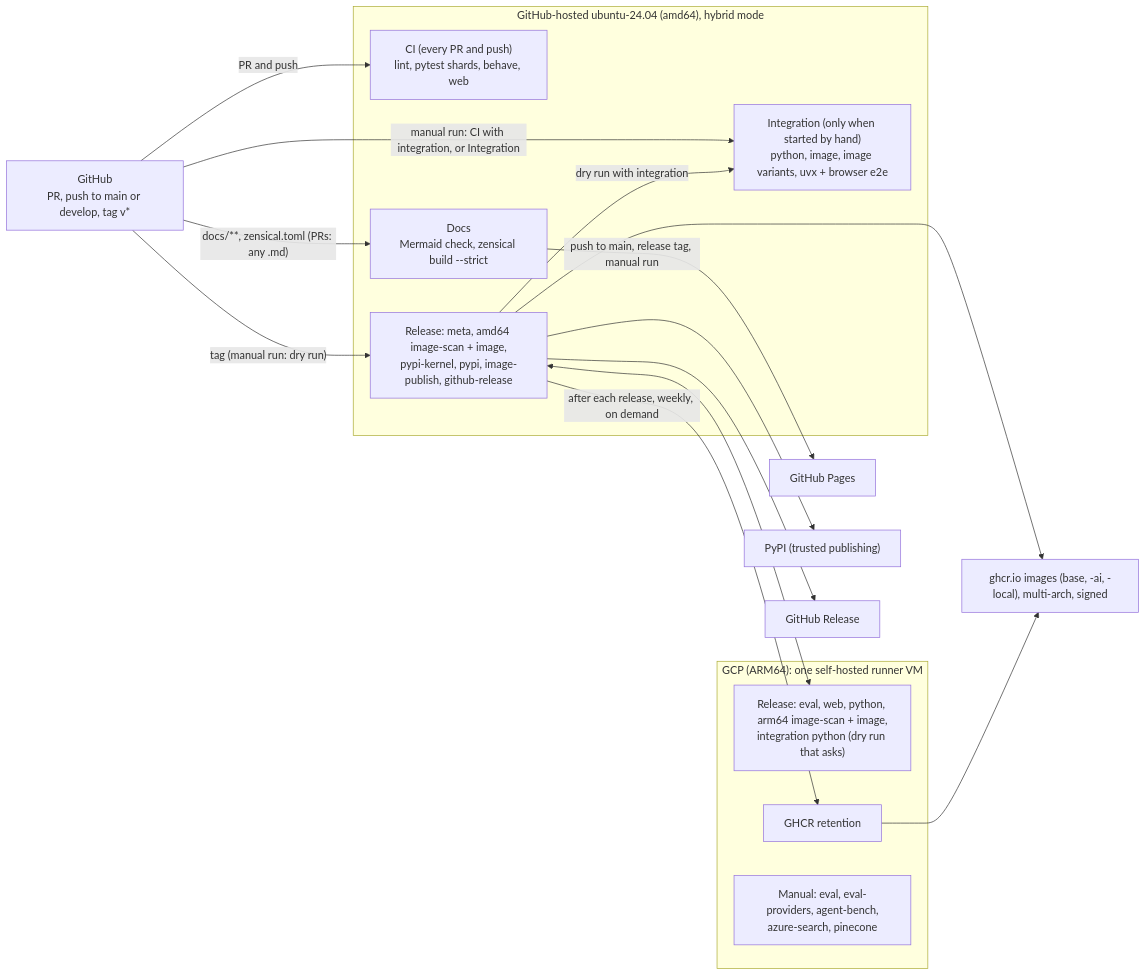
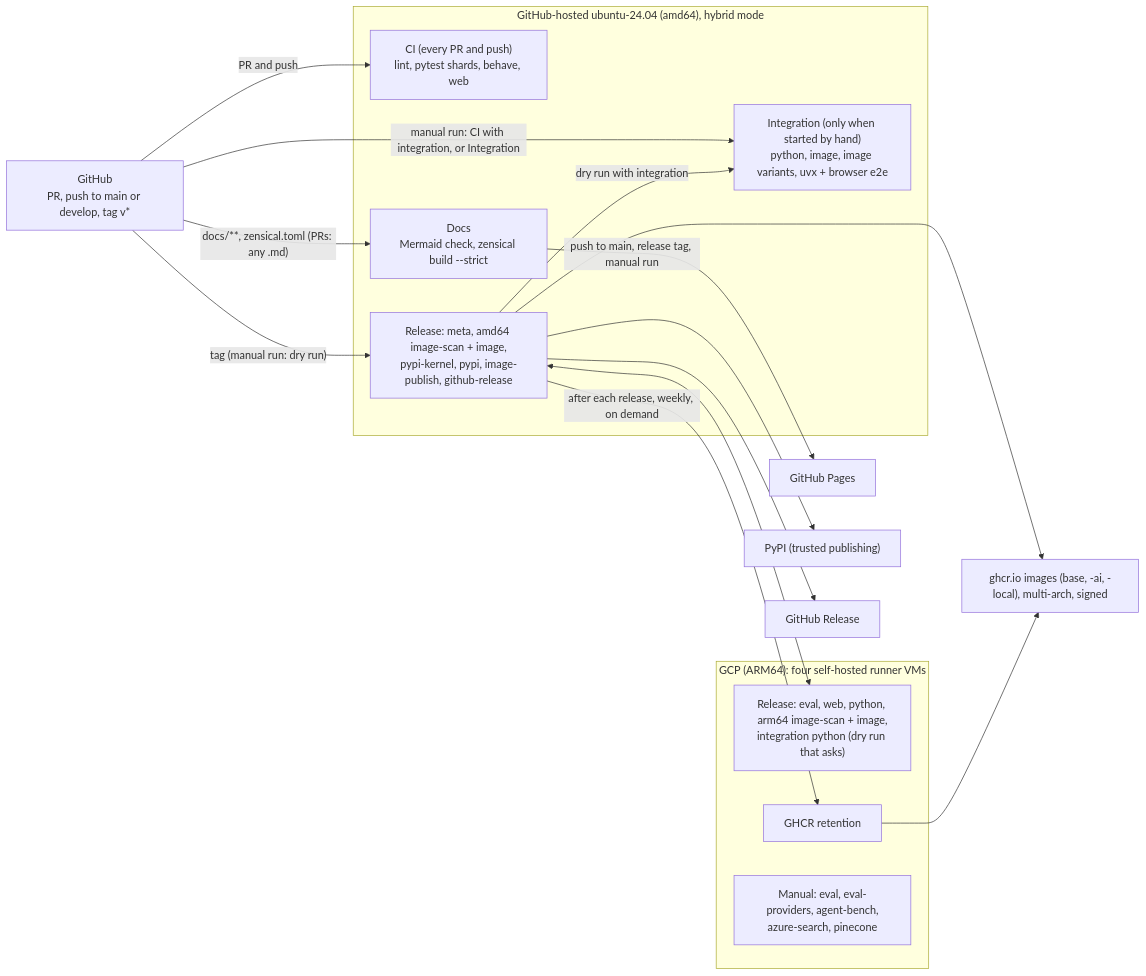
The diagram in docs/releasing/runners.md (SirCypkowskyy/ExactDocs), drawn with Mermaid before and after one commit. The commit also changed other lines of this file and 4 other files, not shown here.

Commit message:
docs(runners): CI runs on four GCP runner VMs

````diff
--- a/docs/releasing/runners.md
+++ b/docs/releasing/runners.md
@@ -59,27 +59,27 @@
 ```mermaid
 flowchart LR
     gh["GitHub<br/>PR, push to main or develop, tag v*"]
     subgraph hosted ["GitHub-hosted ubuntu-24.04 (amd64), hybrid mode"]
         ci["CI (every PR and push)<br/>lint, pytest shards, behave, web"]
         integ["Integration (only when started by hand)<br/>python, image, image variants, uvx + browser e2e"]
         docs["Docs<br/>Mermaid check, zensical build --strict"]
         relh["Release: meta, amd64 image-scan + image,<br/>pypi-kernel, pypi, image-publish, github-release"]
     end
-    subgraph gcp ["GCP (ARM64): one self-hosted runner VM"]
+    subgraph gcp ["GCP (ARM64): four self-hosted runner VMs"]
         rels["Release: eval, web, python, arm64 image-scan + image,<br/>integration python (dry run that asks)"]
         ret["GHCR retention"]
         manual["Manual: eval, eval-providers, agent-bench,<br/>azure-search, pinecone"]
     end
     gh -->|PR and push| ci
     gh -->|"manual run: CI with integration, or Integration"| integ
     relh -->|"dry run with integration"| integ
     gh -->|"docs/**, zensical.toml (PRs: any .md)"| docs
     gh -->|"tag (manual run: dry run)"| relh
     relh <--> rels
     relh -->|after each release, weekly, on demand| ret
     docs -->|"push to main, release tag, manual run"| pages["GitHub Pages"]
     relh --> pypi["PyPI (trusted publishing)"]
     relh --> ghcr["ghcr.io images (base, -ai, -local), multi-arch, signed"]
     relh --> ghrel["GitHub Release"]
     ret --> ghcr
 ```
````
